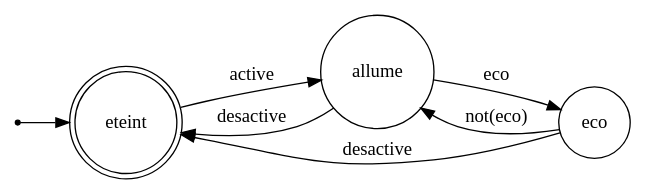
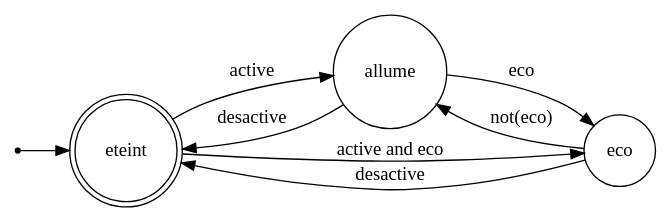
The diagram in Compilator/code.gv (mineosx29/wasm-as-ensta), drawn with Graphviz before and after one commit. The commit also changed 6 other files, not shown here.

```diff
--- a/Compilator/code.gv
+++ b/Compilator/code.gv
@@ -1,15 +1,16 @@
 digraph lampe{
 rankdir=LR;
 size="8,5"
 node [shape = doublecircle];eteint;
 node [shape = point ]; qi
 node [shape = circle];
 qi -> eteint;
 node [shape = circle];allume;
 node [shape = circle];eco;
 eteint -> allume [ label = "active"];
+eteint -> eco [ label = "active and eco"];
 allume -> eteint [ label = "desactive"];
 allume -> eco [ label = "eco"];
 eco -> eteint [ label = "desactive"];
 eco -> allume [ label = "not(eco)"];
 }
```
